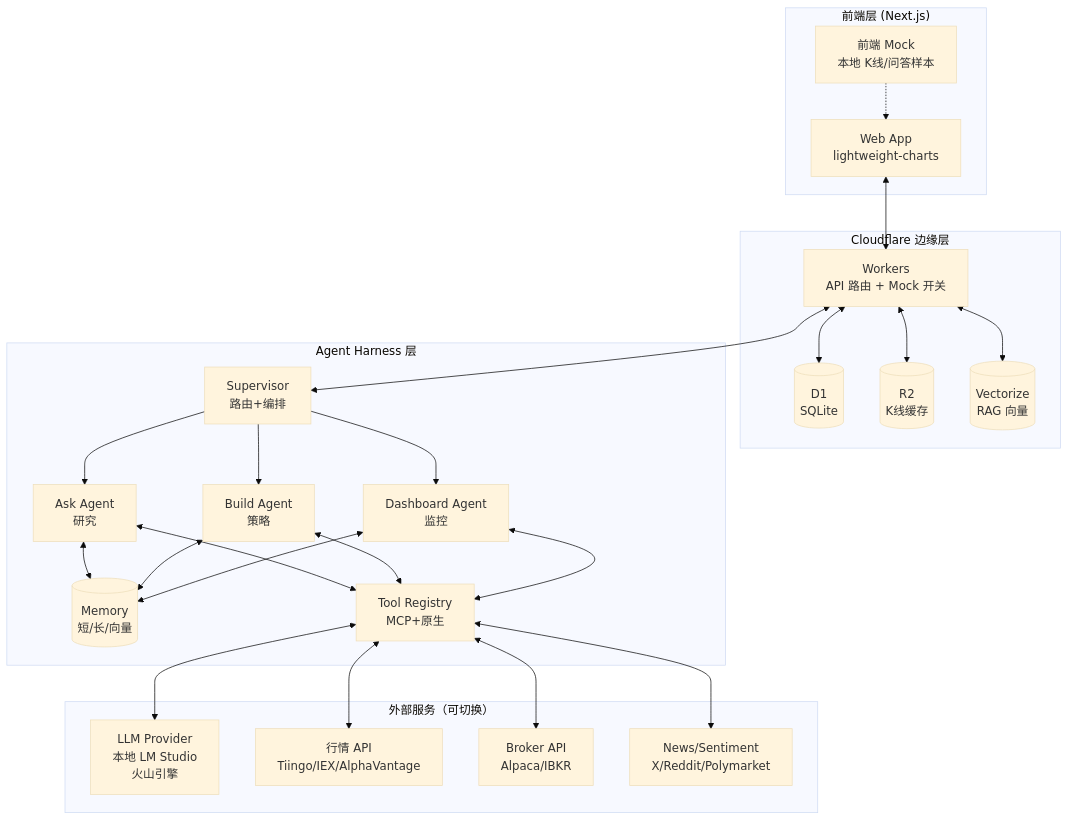
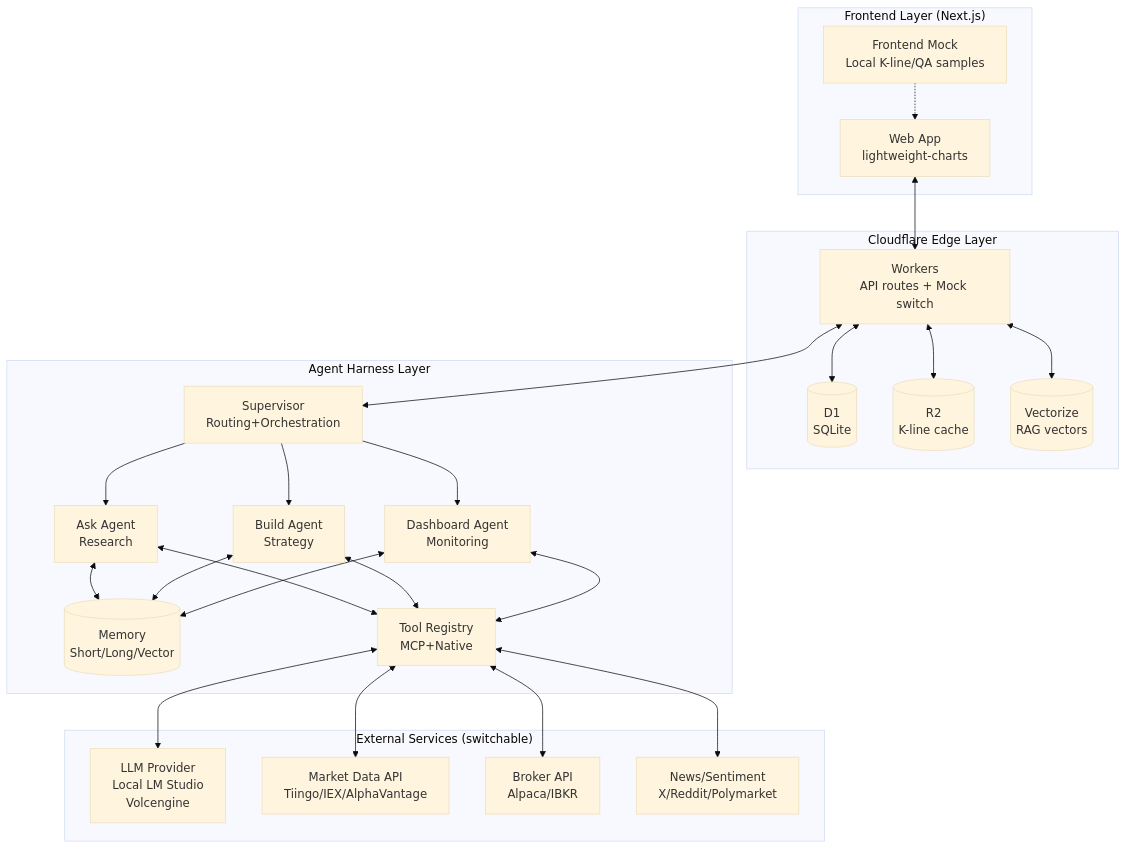
The first of 6 diagrams in docs/architecture/architecture.md (ZedeX/nova-invest), drawn with Mermaid (base theme) before and after one commit. The commit also changed other lines of this file and 42 other files, not shown here.

````diff
--- a/docs/architecture/architecture.md
+++ b/docs/architecture/architecture.md
@@ -23,50 +23,50 @@
 ```mermaid
 flowchart TB
-    subgraph Client["前端层 (Next.js)"]
+    subgraph Client["Frontend Layer (Next.js)"]
         UI[Web App<br/>lightweight-charts]
-        MockFE[前端 Mock<br/>本地 K线/问答样本]
+        MockFE[Frontend Mock<br/>Local K-line/QA samples]
     end
 
-    subgraph Edge["Cloudflare 边缘层"]
-        Worker[Workers<br/>API 路由 + Mock 开关]
+    subgraph Edge["Cloudflare Edge Layer"]
+        Worker[Workers<br/>API routes + Mock switch]
         D1[(D1<br/>SQLite)]
-        R2[(R2<br/>K线缓存)]
-        VZ[(Vectorize<br/>RAG 向量)]
+        R2[(R2<br/>K-line cache)]
+        VZ[(Vectorize<br/>RAG vectors)]
     end
 
-    subgraph AgentLayer["Agent Harness 层"]
-        Sup[Supervisor<br/>路由+编排]
-        Ask[Ask Agent<br/>研究]
-        Build[Build Agent<br/>策略]
-        DBot[Dashboard Agent<br/>监控]
-        Memory[(Memory<br/>短/长/向量)]
-        Tools[Tool Registry<br/>MCP+原生]
+    subgraph AgentLayer["Agent Harness Layer"]
+        Sup[Supervisor<br/>Routing+Orchestration]
+        Ask[Ask Agent<br/>Research]
+        Build[Build Agent<br/>Strategy]
+        DBot[Dashboard Agent<br/>Monitoring]
+        Memory[(Memory<br/>Short/Long/Vector)]
+        Tools[Tool Registry<br/>MCP+Native]
     end
 
-    subgraph External["外部服务（可切换）"]
-        LLM[LLM Provider<br/>本地 LM Studio<br/>火山引擎]
-        Mkt[行情 API<br/>Tiingo/IEX/AlphaVantage]
+    subgraph External["External Services (switchable)"]
+        LLM[LLM Provider<br/>Local LM Studio<br/>Volcengine]
+        Mkt[Market Data API<br/>Tiingo/IEX/AlphaVantage]
         Brk[Broker API<br/>Alpaca/IBKR]
         News[News/Sentiment<br/>X/Reddit/Polymarket]
     end
 
     UI <--> Worker
     MockFE -.-> UI
     Worker <--> D1
     Worker <--> R2
     Worker <--> VZ
     Worker <--> Sup
     Sup --> Ask
     Sup --> Build
     Sup --> DBot
     Ask <--> Memory
     Build <--> Memory
     DBot <--> Memory
     Ask <--> Tools
     Build <--> Tools
     DBot <--> Tools
     Tools <--> LLM
     Tools <--> Mkt
     Tools <--> Brk
     Tools <--> News
 ```
````
